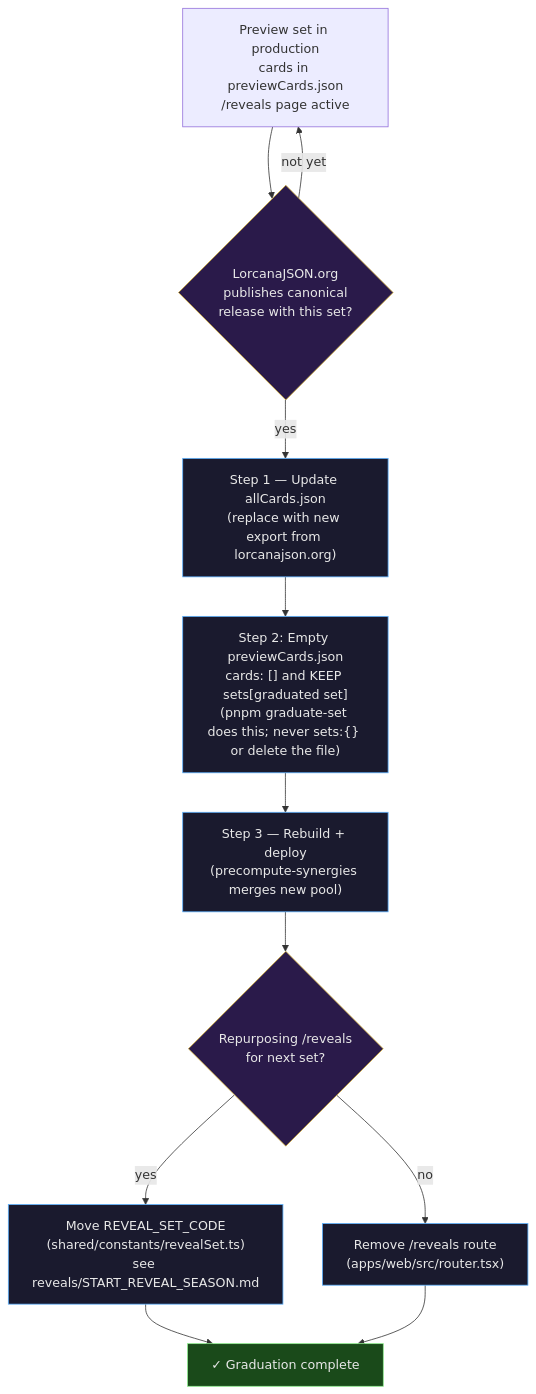
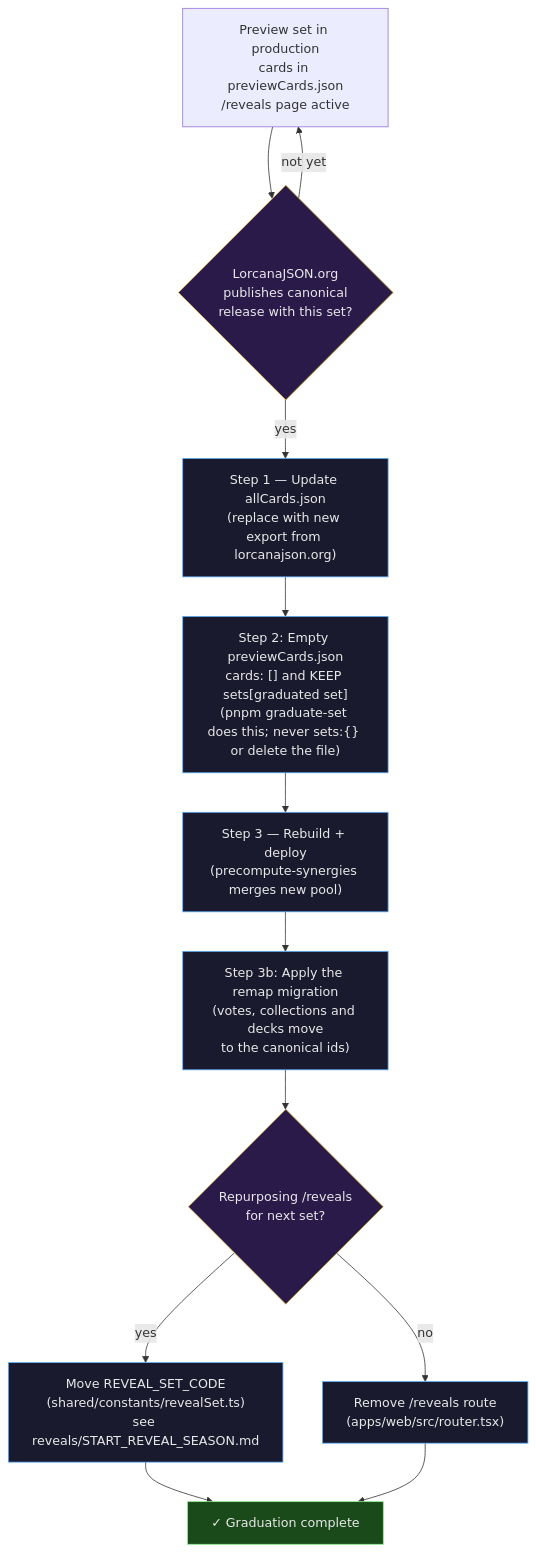
One commit to Doberjohn/inkweave changed the sixth of 6 diagrams in docs/CARD_DATA_PIPELINE.md. Above: the diagram before and after it, drawn with Mermaid. The commit also changed other lines of this file and 6 other files, not shown here.

First line of the commit message:
fix(votes): move votes stranded on retired preview ids (#748)

````diff
--- a/docs/CARD_DATA_PIPELINE.md
+++ b/docs/CARD_DATA_PIPELINE.md
@@ -997,24 +997,25 @@
 ```mermaid
 flowchart TD
     S0[Preview set in production<br/>cards in previewCards.json<br/>/reveals page active] --> Check{LorcanaJSON.org<br/>publishes canonical<br/>release with this set?}
     Check -->|not yet| S0
     Check -->|yes| Step1
     Step1["Step 1 — Update allCards.json<br/>(replace with new export from lorcanajson.org)"]
     Step2["Step 2: Empty previewCards.json<br/>cards: [] and KEEP sets[graduated set]<br/>(pnpm graduate-set does this; never sets:{} or delete the file)"]
     Step3["Step 3 — Rebuild + deploy<br/>(precompute-synergies merges new pool)"]
+    StepR["Step 3b: Apply the remap migration<br/>(votes, collections and decks move<br/>to the canonical ids)"]
     Step4{Repurposing /reveals<br/>for next set?}
     Step5["Move REVEAL_SET_CODE<br/>(shared/constants/revealSet.ts)<br/>see reveals/START_REVEAL_SEASON.md"]
     Step6["Remove /reveals route<br/>(apps/web/src/router.tsx)"]
     Done["✓ Graduation complete"]
 
-    Step1 --> Step2 --> Step3 --> Step4
+    Step1 --> Step2 --> Step3 --> StepR --> Step4
     Step4 -->|yes| Step5 --> Done
     Step4 -->|no| Step6 --> Done
 
     classDef step fill:#1a1a2e,stroke:#5cb1ff,color:#e8e8e8
     classDef decision fill:#2a1a4a,stroke:#d4af37,color:#e8e8e8
     classDef terminal fill:#1a4a1a,stroke:#90ee90,color:#e8e8e8
-    class Step1,Step2,Step3,Step5,Step6 step
+    class Step1,Step2,Step3,StepR,Step5,Step6 step
     class Check,Step4 decision
     class Done terminal
 ```
````
